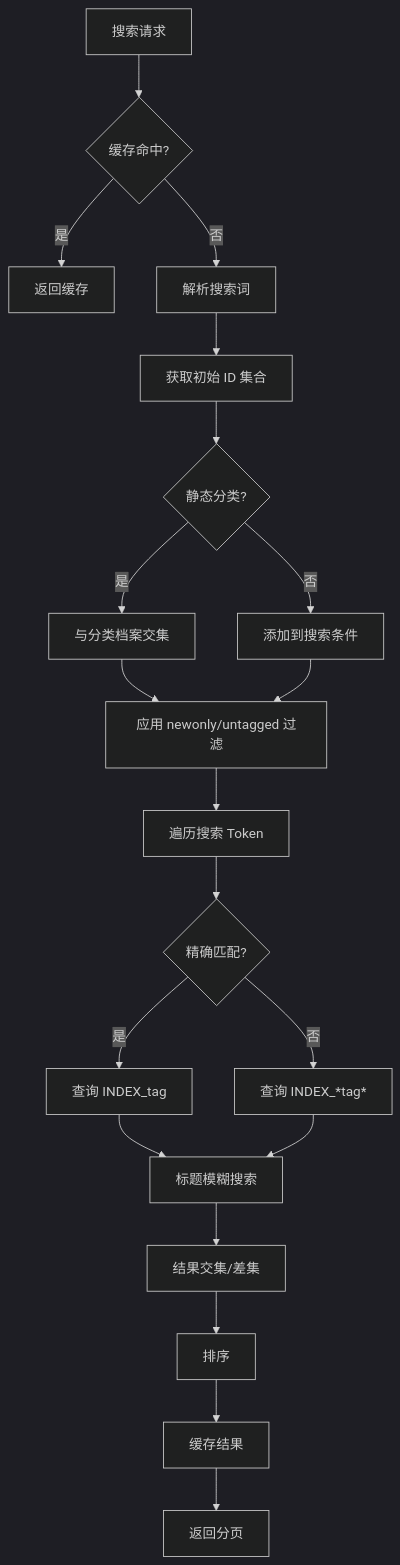
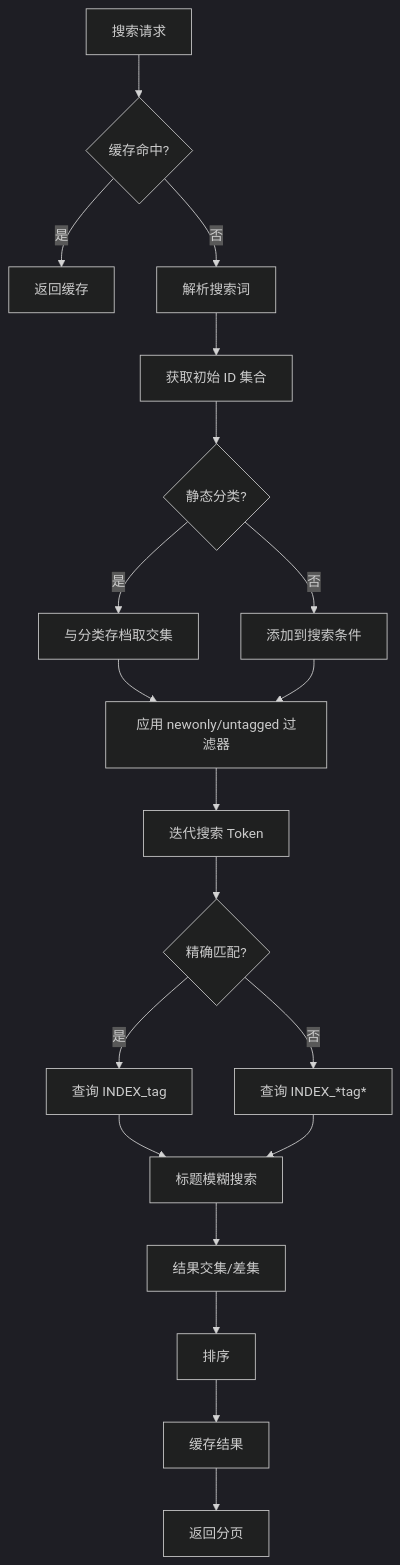
Before and after one commit to OborozukiNoYume/LANraragi: the first of 3 diagrams in docs/zh-CN/06_models.md, drawn with Mermaid (dark theme). The commit also changed other lines of this file and 17 other files, not shown here.

````diff
--- a/docs/zh-CN/06_models.md
+++ b/docs/zh-CN/06_models.md
@@ -63,22 +63,22 @@
 ```mermaid
 flowchart TD
     A[搜索请求] --> B{缓存命中?}
     B -->|是| C[返回缓存]
     B -->|否| D[解析搜索词]
     D --> E[获取初始 ID 集合]
     E --> F{静态分类?}
-    F -->|是| G[与分类档案交集]
+    F -->|是| G[与分类存档取交集]
     F -->|否| H[添加到搜索条件]
-    G --> I[应用 newonly/untagged 过滤]
+    G --> I[应用 newonly/untagged 过滤器]
     H --> I
-    I --> J[遍历搜索 Token]
+    I --> J[迭代搜索 Token]
     J --> K{精确匹配?}
     K -->|是| L[查询 INDEX_tag]
     K -->|否| M[查询 INDEX_*tag*]
     L --> N[标题模糊搜索]
     M --> N
     N --> O[结果交集/差集]
     O --> P[排序]
     P --> Q[缓存结果]
     Q --> R[返回分页]
 ```
````
